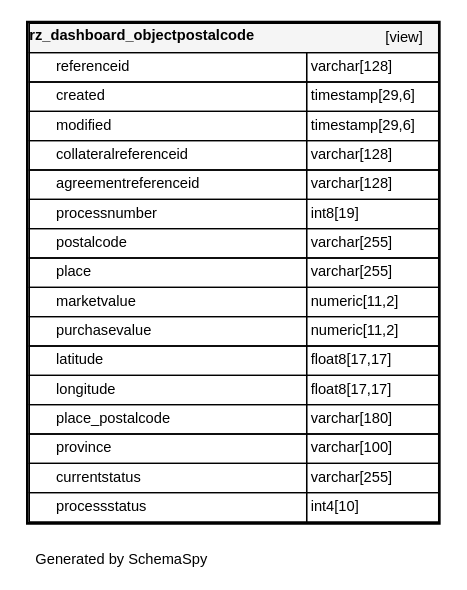
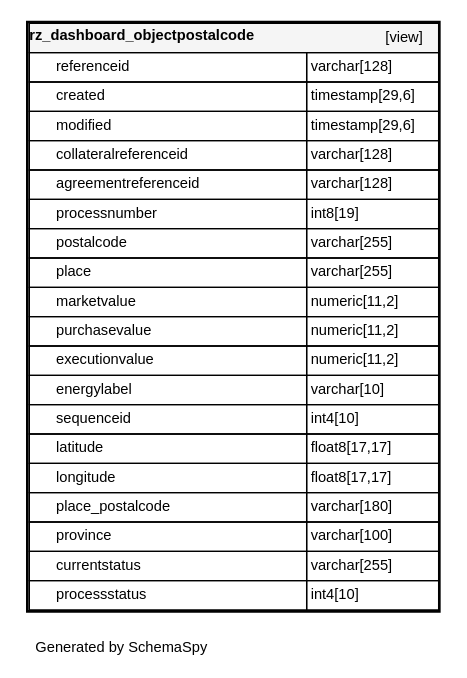
The diagram in db_standardzone_version01/diagrams/tables/rz_dashboard_objectpostalcode.1degree.dot (fyndoo/fyndoo.github.io), drawn with Graphviz before and after one commit. The commit also changed 100 other files, not shown here.

```diff
--- a/db_standardzone_version01/diagrams/tables/rz_dashboard_objectpostalcode.1degree.dot
+++ b/db_standardzone_version01/diagrams/tables/rz_dashboard_objectpostalcode.1degree.dot
@@ -1,46 +1,49 @@
 digraph "oneDegreeRelationshipsDiagram" {
   graph [
     rankdir="RL"
     bgcolor="#ffffff"
     label="\nGenerated by SchemaSpy"
     labeljust="l"
     nodesep="0.18"
     ranksep="0.46"
     fontname="Helvetica"
     fontsize="11"
     ration="compress"
   ];
   node [
     fontname="Helvetica"
     fontsize="11"
     shape="plaintext"
   ];
   edge [
     arrowsize="0.8"
   ];
   "rz_dashboard_objectpostalcode" [
    label=<
     <TABLE BORDER="2" CELLBORDER="1" CELLSPACING="0" BGCOLOR="#ffffff">
       <TR><TD COLSPAN="4"  BGCOLOR="#f5f5f5"><TABLE BORDER="0" CELLSPACING="0"><TR><TD ALIGN="LEFT" FIXEDSIZE="TRUE" WIDTH="187" HEIGHT="16"><B>rz_dashboard_objectpostalcode</B></TD><TD ALIGN="RIGHT">[view]</TD></TR></TABLE></TD></TR>
       <TR><TD PORT="referenceid" COLSPAN="2" ALIGN="LEFT"><TABLE BORDER="0" CELLSPACING="0" ALIGN="LEFT"><TR ALIGN="LEFT"><TD ALIGN="LEFT" FIXEDSIZE="TRUE" WIDTH="15" HEIGHT="16"></TD><TD ALIGN="LEFT" FIXEDSIZE="TRUE" WIDTH="187" HEIGHT="16">referenceid</TD></TR></TABLE></TD><TD PORT="referenceid.type" ALIGN="LEFT">varchar[128]</TD></TR>
       <TR><TD PORT="created" COLSPAN="2" ALIGN="LEFT"><TABLE BORDER="0" CELLSPACING="0" ALIGN="LEFT"><TR ALIGN="LEFT"><TD ALIGN="LEFT" FIXEDSIZE="TRUE" WIDTH="15" HEIGHT="16"></TD><TD ALIGN="LEFT" FIXEDSIZE="TRUE" WIDTH="187" HEIGHT="16">created</TD></TR></TABLE></TD><TD PORT="created.type" ALIGN="LEFT">timestamp[29,6]</TD></TR>
       <TR><TD PORT="modified" COLSPAN="2" ALIGN="LEFT"><TABLE BORDER="0" CELLSPACING="0" ALIGN="LEFT"><TR ALIGN="LEFT"><TD ALIGN="LEFT" FIXEDSIZE="TRUE" WIDTH="15" HEIGHT="16"></TD><TD ALIGN="LEFT" FIXEDSIZE="TRUE" WIDTH="187" HEIGHT="16">modified</TD></TR></TABLE></TD><TD PORT="modified.type" ALIGN="LEFT">timestamp[29,6]</TD></TR>
       <TR><TD PORT="collateralreferenceid" COLSPAN="2" ALIGN="LEFT"><TABLE BORDER="0" CELLSPACING="0" ALIGN="LEFT"><TR ALIGN="LEFT"><TD ALIGN="LEFT" FIXEDSIZE="TRUE" WIDTH="15" HEIGHT="16"></TD><TD ALIGN="LEFT" FIXEDSIZE="TRUE" WIDTH="187" HEIGHT="16">collateralreferenceid</TD></TR></TABLE></TD><TD PORT="collateralreferenceid.type" ALIGN="LEFT">varchar[128]</TD></TR>
       <TR><TD PORT="agreementreferenceid" COLSPAN="2" ALIGN="LEFT"><TABLE BORDER="0" CELLSPACING="0" ALIGN="LEFT"><TR ALIGN="LEFT"><TD ALIGN="LEFT" FIXEDSIZE="TRUE" WIDTH="15" HEIGHT="16"></TD><TD ALIGN="LEFT" FIXEDSIZE="TRUE" WIDTH="187" HEIGHT="16">agreementreferenceid</TD></TR></TABLE></TD><TD PORT="agreementreferenceid.type" ALIGN="LEFT">varchar[128]</TD></TR>
       <TR><TD PORT="processnumber" COLSPAN="2" ALIGN="LEFT"><TABLE BORDER="0" CELLSPACING="0" ALIGN="LEFT"><TR ALIGN="LEFT"><TD ALIGN="LEFT" FIXEDSIZE="TRUE" WIDTH="15" HEIGHT="16"></TD><TD ALIGN="LEFT" FIXEDSIZE="TRUE" WIDTH="187" HEIGHT="16">processnumber</TD></TR></TABLE></TD><TD PORT="processnumber.type" ALIGN="LEFT">int8[19]</TD></TR>
       <TR><TD PORT="postalcode" COLSPAN="2" ALIGN="LEFT"><TABLE BORDER="0" CELLSPACING="0" ALIGN="LEFT"><TR ALIGN="LEFT"><TD ALIGN="LEFT" FIXEDSIZE="TRUE" WIDTH="15" HEIGHT="16"></TD><TD ALIGN="LEFT" FIXEDSIZE="TRUE" WIDTH="187" HEIGHT="16">postalcode</TD></TR></TABLE></TD><TD PORT="postalcode.type" ALIGN="LEFT">varchar[255]</TD></TR>
       <TR><TD PORT="place" COLSPAN="2" ALIGN="LEFT"><TABLE BORDER="0" CELLSPACING="0" ALIGN="LEFT"><TR ALIGN="LEFT"><TD ALIGN="LEFT" FIXEDSIZE="TRUE" WIDTH="15" HEIGHT="16"></TD><TD ALIGN="LEFT" FIXEDSIZE="TRUE" WIDTH="187" HEIGHT="16">place</TD></TR></TABLE></TD><TD PORT="place.type" ALIGN="LEFT">varchar[255]</TD></TR>
       <TR><TD PORT="marketvalue" COLSPAN="2" ALIGN="LEFT"><TABLE BORDER="0" CELLSPACING="0" ALIGN="LEFT"><TR ALIGN="LEFT"><TD ALIGN="LEFT" FIXEDSIZE="TRUE" WIDTH="15" HEIGHT="16"></TD><TD ALIGN="LEFT" FIXEDSIZE="TRUE" WIDTH="187" HEIGHT="16">marketvalue</TD></TR></TABLE></TD><TD PORT="marketvalue.type" ALIGN="LEFT">numeric[11,2]</TD></TR>
       <TR><TD PORT="purchasevalue" COLSPAN="2" ALIGN="LEFT"><TABLE BORDER="0" CELLSPACING="0" ALIGN="LEFT"><TR ALIGN="LEFT"><TD ALIGN="LEFT" FIXEDSIZE="TRUE" WIDTH="15" HEIGHT="16"></TD><TD ALIGN="LEFT" FIXEDSIZE="TRUE" WIDTH="187" HEIGHT="16">purchasevalue</TD></TR></TABLE></TD><TD PORT="purchasevalue.type" ALIGN="LEFT">numeric[11,2]</TD></TR>
+      <TR><TD PORT="executionvalue" COLSPAN="2" ALIGN="LEFT"><TABLE BORDER="0" CELLSPACING="0" ALIGN="LEFT"><TR ALIGN="LEFT"><TD ALIGN="LEFT" FIXEDSIZE="TRUE" WIDTH="15" HEIGHT="16"></TD><TD ALIGN="LEFT" FIXEDSIZE="TRUE" WIDTH="187" HEIGHT="16">executionvalue</TD></TR></TABLE></TD><TD PORT="executionvalue.type" ALIGN="LEFT">numeric[11,2]</TD></TR>
+      <TR><TD PORT="energylabel" COLSPAN="2" ALIGN="LEFT"><TABLE BORDER="0" CELLSPACING="0" ALIGN="LEFT"><TR ALIGN="LEFT"><TD ALIGN="LEFT" FIXEDSIZE="TRUE" WIDTH="15" HEIGHT="16"></TD><TD ALIGN="LEFT" FIXEDSIZE="TRUE" WIDTH="187" HEIGHT="16">energylabel</TD></TR></TABLE></TD><TD PORT="energylabel.type" ALIGN="LEFT">varchar[10]</TD></TR>
+      <TR><TD PORT="sequenceid" COLSPAN="2" ALIGN="LEFT"><TABLE BORDER="0" CELLSPACING="0" ALIGN="LEFT"><TR ALIGN="LEFT"><TD ALIGN="LEFT" FIXEDSIZE="TRUE" WIDTH="15" HEIGHT="16"></TD><TD ALIGN="LEFT" FIXEDSIZE="TRUE" WIDTH="187" HEIGHT="16">sequenceid</TD></TR></TABLE></TD><TD PORT="sequenceid.type" ALIGN="LEFT">int4[10]</TD></TR>
       <TR><TD PORT="latitude" COLSPAN="2" ALIGN="LEFT"><TABLE BORDER="0" CELLSPACING="0" ALIGN="LEFT"><TR ALIGN="LEFT"><TD ALIGN="LEFT" FIXEDSIZE="TRUE" WIDTH="15" HEIGHT="16"></TD><TD ALIGN="LEFT" FIXEDSIZE="TRUE" WIDTH="187" HEIGHT="16">latitude</TD></TR></TABLE></TD><TD PORT="latitude.type" ALIGN="LEFT">float8[17,17]</TD></TR>
       <TR><TD PORT="longitude" COLSPAN="2" ALIGN="LEFT"><TABLE BORDER="0" CELLSPACING="0" ALIGN="LEFT"><TR ALIGN="LEFT"><TD ALIGN="LEFT" FIXEDSIZE="TRUE" WIDTH="15" HEIGHT="16"></TD><TD ALIGN="LEFT" FIXEDSIZE="TRUE" WIDTH="187" HEIGHT="16">longitude</TD></TR></TABLE></TD><TD PORT="longitude.type" ALIGN="LEFT">float8[17,17]</TD></TR>
       <TR><TD PORT="place_postalcode" COLSPAN="2" ALIGN="LEFT"><TABLE BORDER="0" CELLSPACING="0" ALIGN="LEFT"><TR ALIGN="LEFT"><TD ALIGN="LEFT" FIXEDSIZE="TRUE" WIDTH="15" HEIGHT="16"></TD><TD ALIGN="LEFT" FIXEDSIZE="TRUE" WIDTH="187" HEIGHT="16">place_postalcode</TD></TR></TABLE></TD><TD PORT="place_postalcode.type" ALIGN="LEFT">varchar[180]</TD></TR>
       <TR><TD PORT="province" COLSPAN="2" ALIGN="LEFT"><TABLE BORDER="0" CELLSPACING="0" ALIGN="LEFT"><TR ALIGN="LEFT"><TD ALIGN="LEFT" FIXEDSIZE="TRUE" WIDTH="15" HEIGHT="16"></TD><TD ALIGN="LEFT" FIXEDSIZE="TRUE" WIDTH="187" HEIGHT="16">province</TD></TR></TABLE></TD><TD PORT="province.type" ALIGN="LEFT">varchar[100]</TD></TR>
       <TR><TD PORT="currentstatus" COLSPAN="2" ALIGN="LEFT"><TABLE BORDER="0" CELLSPACING="0" ALIGN="LEFT"><TR ALIGN="LEFT"><TD ALIGN="LEFT" FIXEDSIZE="TRUE" WIDTH="15" HEIGHT="16"></TD><TD ALIGN="LEFT" FIXEDSIZE="TRUE" WIDTH="187" HEIGHT="16">currentstatus</TD></TR></TABLE></TD><TD PORT="currentstatus.type" ALIGN="LEFT">varchar[255]</TD></TR>
       <TR><TD PORT="processstatus" COLSPAN="2" ALIGN="LEFT"><TABLE BORDER="0" CELLSPACING="0" ALIGN="LEFT"><TR ALIGN="LEFT"><TD ALIGN="LEFT" FIXEDSIZE="TRUE" WIDTH="15" HEIGHT="16"></TD><TD ALIGN="LEFT" FIXEDSIZE="TRUE" WIDTH="187" HEIGHT="16">processstatus</TD></TR></TABLE></TD><TD PORT="processstatus.type" ALIGN="LEFT">int4[10]</TD></TR>
     </TABLE>>
     URL="rz_dashboard_objectpostalcode.html"
     target="_top"
     tooltip="rz_dashboard_objectpostalcode"
   ];
 }
```
